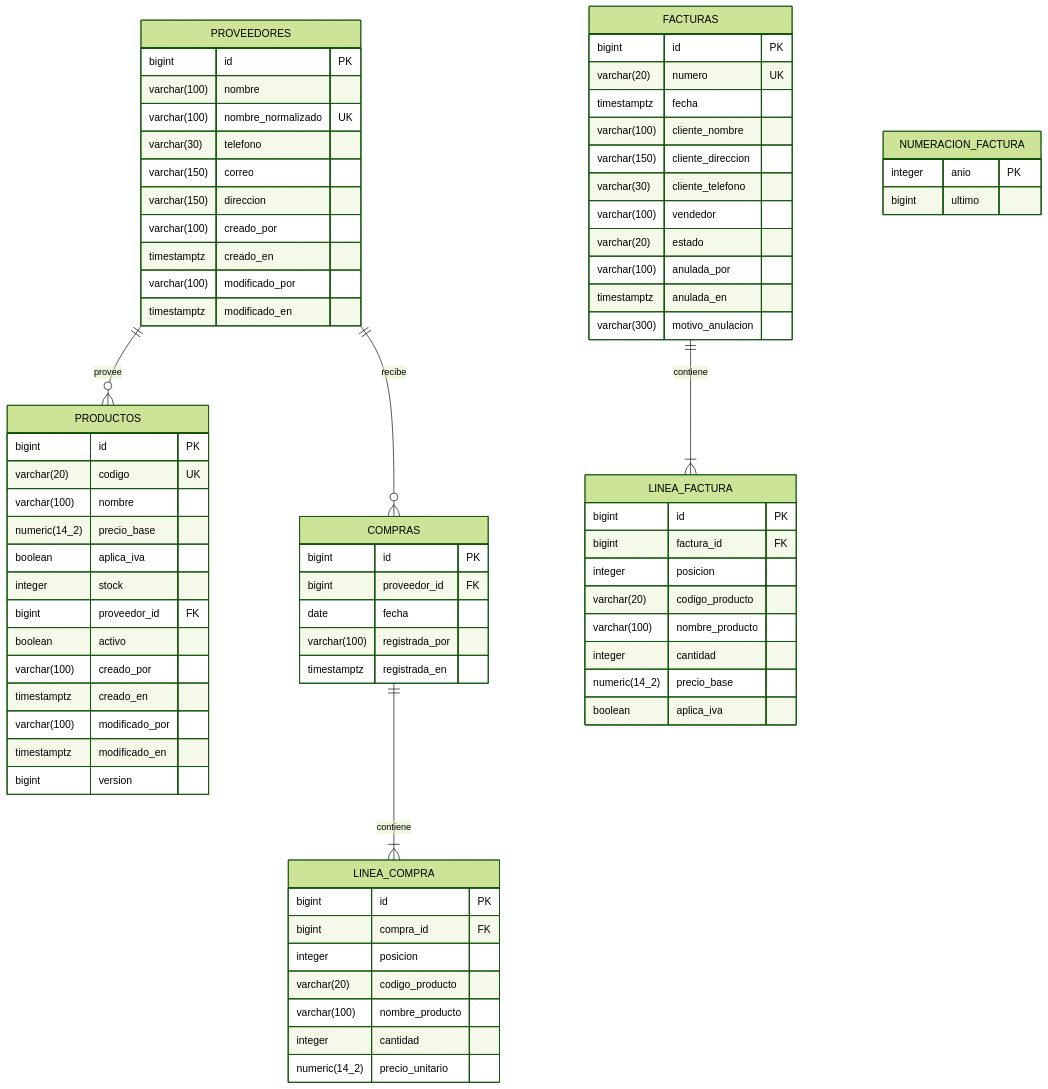
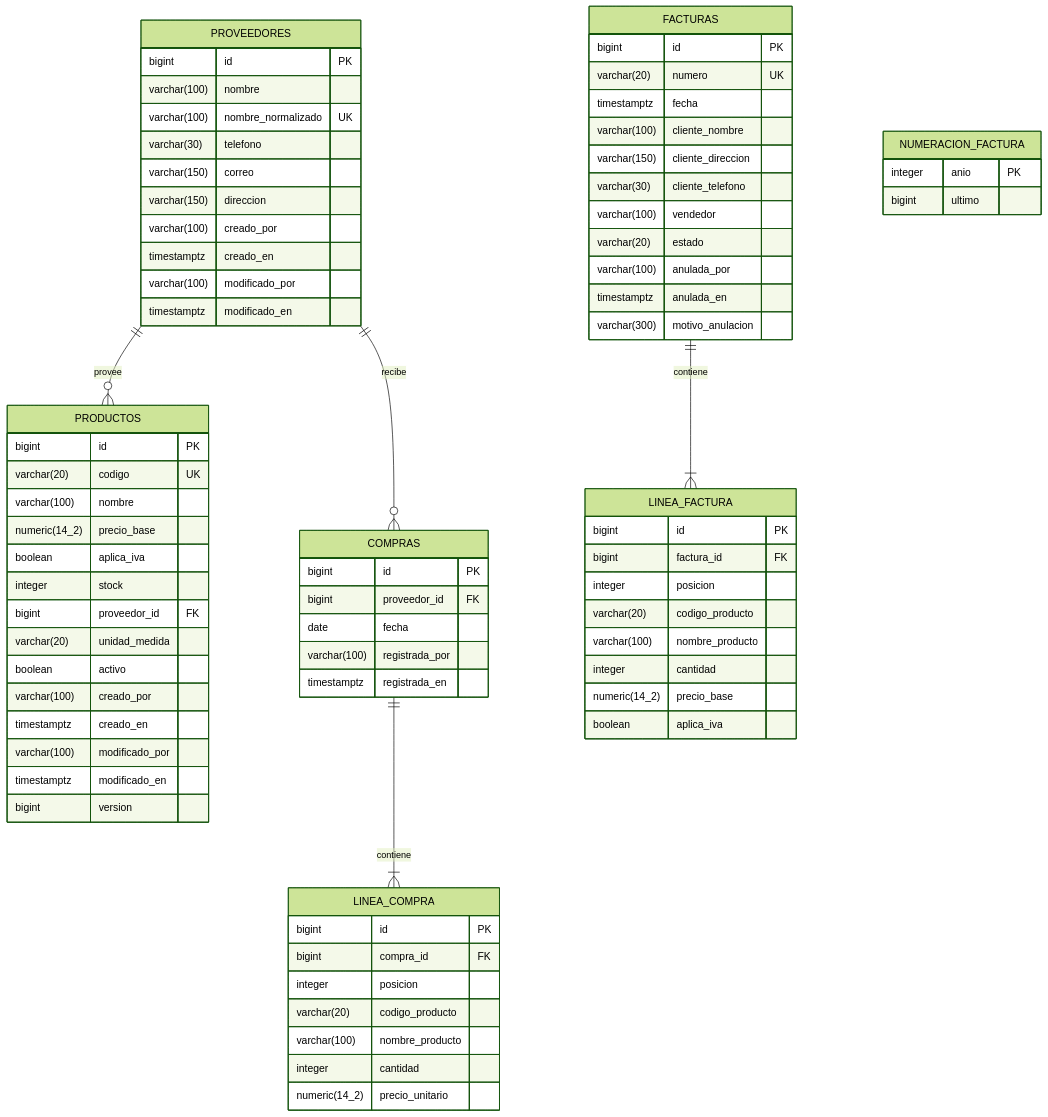
One commit to heyleyp14/domain changed the diagram in docs/modelo-datos.md. Above: the diagram before and after it, drawn with Mermaid (forest theme). The commit also changed other lines of this file and 21 other files, not shown here.

Commit message:
feat(catalogo): add unidad de medida to Producto

```diff
--- a/docs/modelo-datos.md
+++ b/docs/modelo-datos.md
@@ -46,6 +46,7 @@
         boolean aplica_iva
         integer stock
         bigint proveedor_id FK
+        varchar(20) unidad_medida
         boolean activo
         varchar(100) creado_por
         timestamptz creado_en
```
